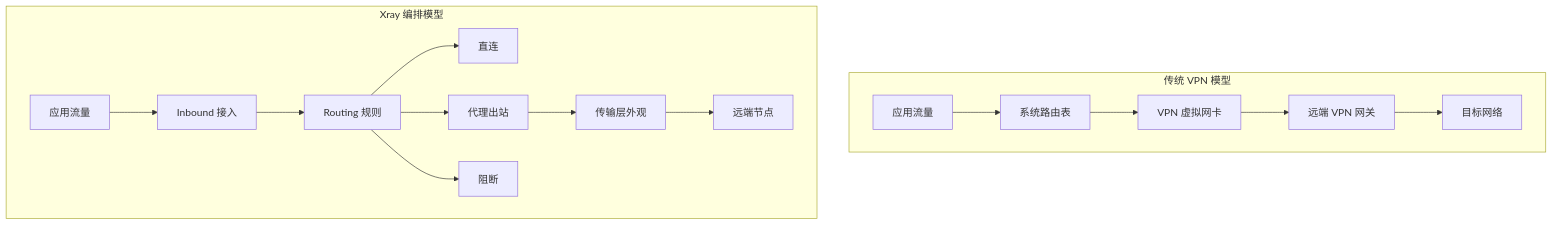
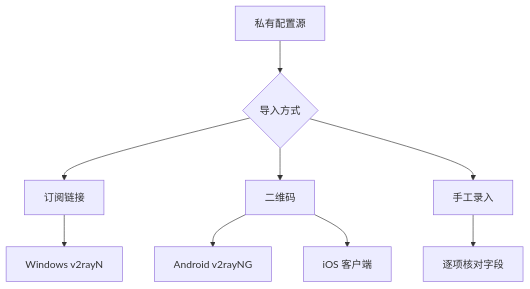
One commit to chcbz/chcbz.github.io changed the fourth of 10 diagrams in docs/article/2026/202608170000.md. Above: the diagram before and after it, drawn with Mermaid. The commit also changed other lines of this file, not shown here.

Commit message:
docs: restructure xray network evolution story

````diff
--- a/docs/article/2026/202608170000.md
+++ b/docs/article/2026/202608170000.md
@@ -163,19 +335,11 @@
 ```mermaid
 flowchart TB
-    subgraph A[传统 VPN 模型]
-        A1[应用流量] --> A2[系统路由表]
-        A2 --> A3[VPN 虚拟网卡]
-        A3 --> A4[远端 VPN 网关]
-        A4 --> A5[目标网络]
-    end
-
-    subgraph B[Xray 编排模型]
-        B1[应用流量] --> B2[Inbound 接入]
-        B2 --> B3[Routing 规则]
-        B3 --> B4[直连]
-        B3 --> B5[代理出站]
-        B3 --> B6[阻断]
-        B5 --> B7[传输层外观]
-        B7 --> B8[远端节点]
-    end
+    A[私有配置源] --> B{导入方式}
+    B --> C[订阅链接]
+    B --> D[二维码]
+    B --> E[手工录入]
+    C --> F[Windows v2rayN]
+    D --> G[Android v2rayNG]
+    D --> H[iOS 客户端]
+    E --> I[逐项核对字段]
 ```
````
